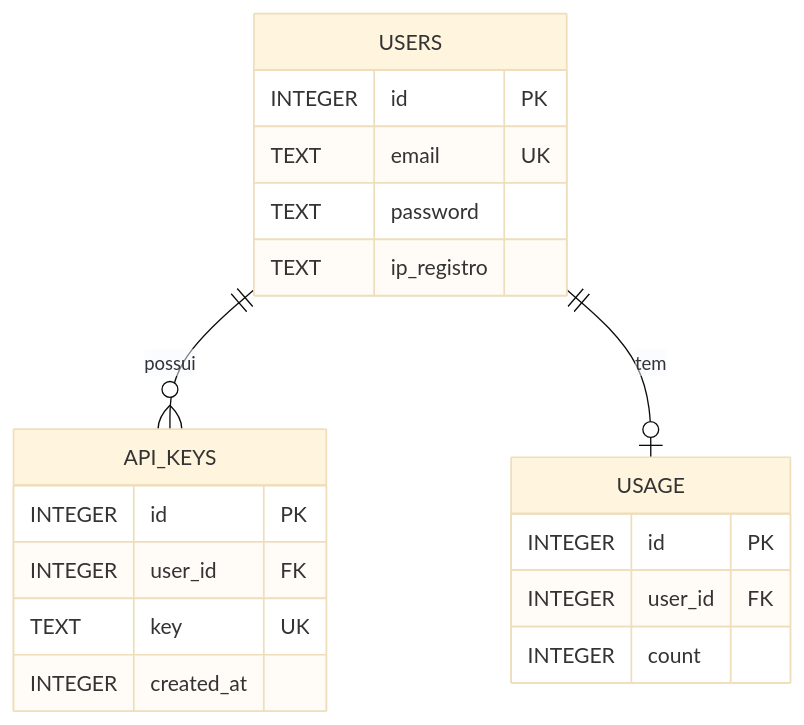
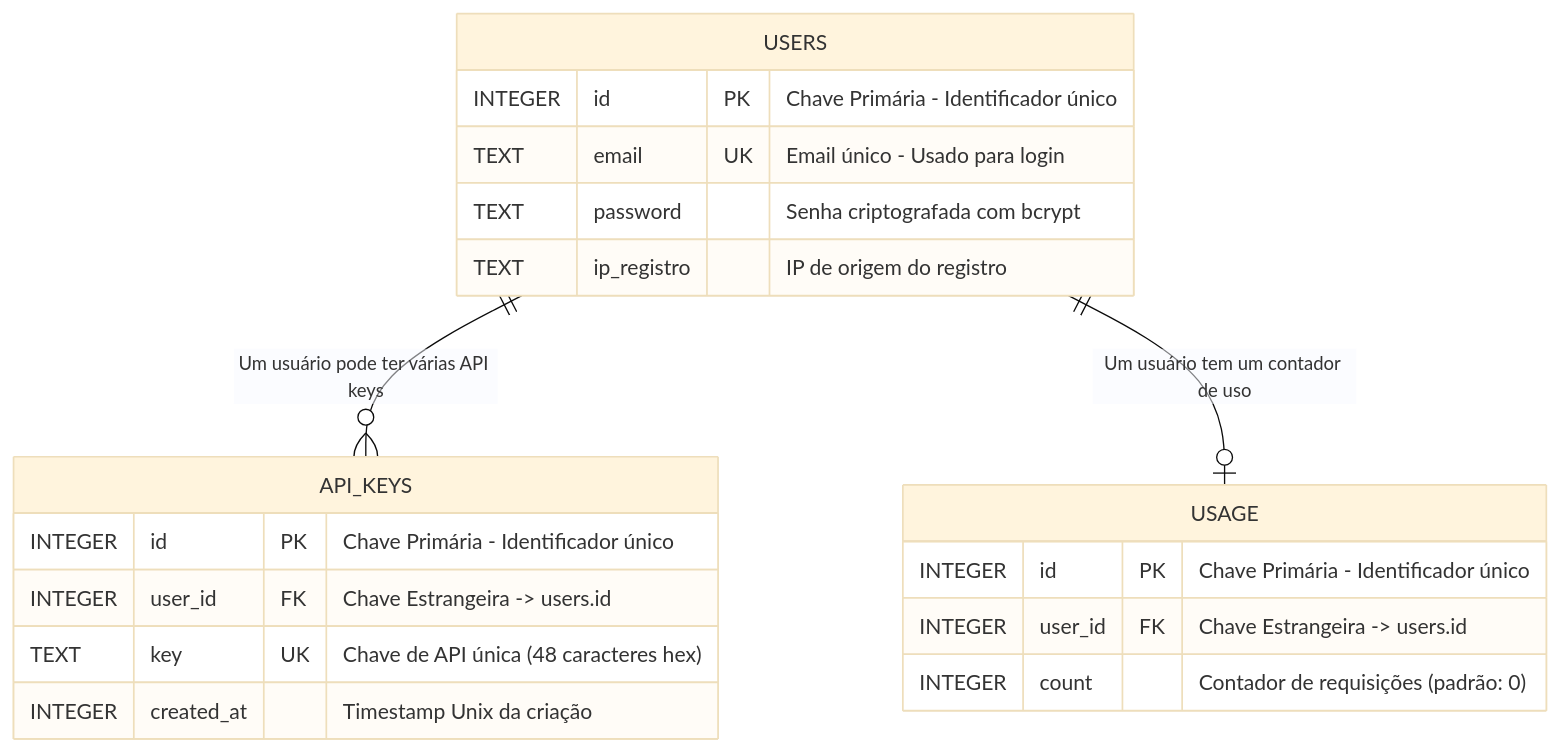
One commit to marcosltf/wiredia changed the diagram in REQUISITOS.md. Above: the diagram before and after it, drawn with Mermaid (base theme).

Commit message:
docs: melhora legibilidade do diagrama ER no REQUISITOS.md

````diff
--- a/REQUISITOS.md
+++ b/REQUISITOS.md
@@ -311,25 +311,25 @@
 ```mermaid
 erDiagram
     USERS {
-        INTEGER id PK
-        TEXT email UK
-        TEXT password
-        TEXT ip_registro
+        INTEGER id PK "Chave Primária - Identificador único"
+        TEXT email UK "Email único - Usado para login"
+        TEXT password "Senha criptografada com bcrypt"
+        TEXT ip_registro "IP de origem do registro"
     }
     
     API_KEYS {
-        INTEGER id PK
-        INTEGER user_id FK
-        TEXT key UK
-        INTEGER created_at
+        INTEGER id PK "Chave Primária - Identificador único"
+        INTEGER user_id FK "Chave Estrangeira -> users.id"
+        TEXT key UK "Chave de API única (48 caracteres hex)"
+        INTEGER created_at "Timestamp Unix da criação"
     }
     
     USAGE {
-        INTEGER id PK
-        INTEGER user_id FK
-        INTEGER count
+        INTEGER id PK "Chave Primária - Identificador único"
+        INTEGER user_id FK "Chave Estrangeira -> users.id"
+        INTEGER count "Contador de requisições (padrão: 0)"
     }
     
-    USERS ||--o{ API_KEYS : "possui"
-    USERS ||--o| USAGE : "tem"
+    USERS ||--o{ API_KEYS : "Um usuário pode ter várias API keys"
+    USERS ||--o| USAGE : "Um usuário tem um contador de uso"
 ```
````
